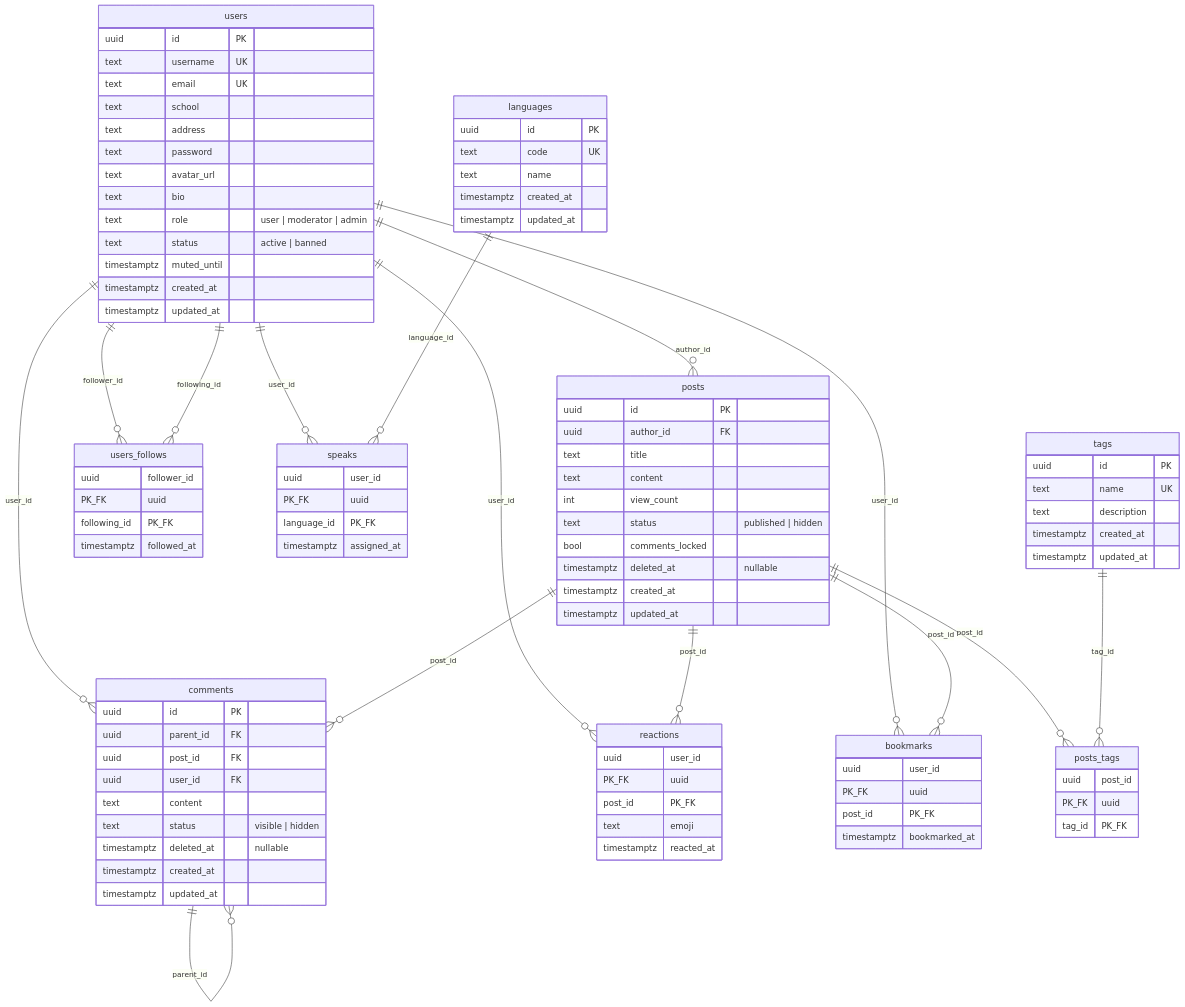
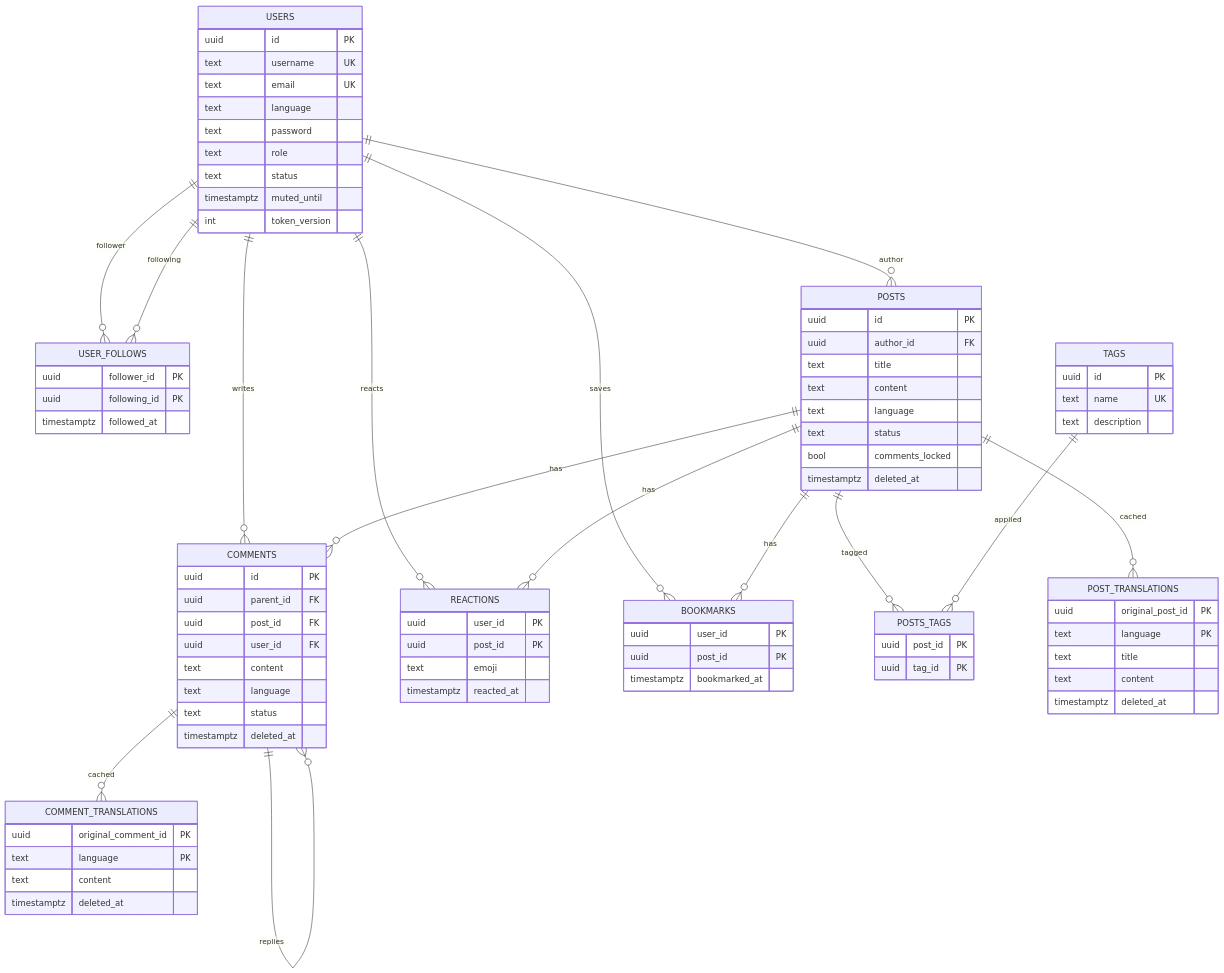
One commit to CNVN2024-2-Boiz/etsubi changed the diagram in docs/src/content/Entities.md. Above: the diagram before and after it, drawn with Mermaid. The commit also changed other lines of this file and 72 other files, not shown here.

````diff
--- a/docs/src/content/Entities.md
+++ b/docs/src/content/Entities.md
@@ -5,108 +5,87 @@
 ```mermaid
 erDiagram
-    users ||--o{ posts : "author_id"
-    users ||--o{ comments : "user_id"
-    users ||--o{ users_follows : "follower_id"
-    users ||--o{ users_follows : "following_id"
-    users ||--o{ reactions : "user_id"
-    users ||--o{ bookmarks : "user_id"
-    users ||--o{ speaks : "user_id"
-
-    posts ||--o{ comments : "post_id"
-    posts ||--o{ posts_tags : "post_id"
-    posts ||--o{ reactions : "post_id"
-    posts ||--o{ bookmarks : "post_id"
-
-    comments ||--o{ comments : "parent_id"
-
-    tags ||--o{ posts_tags : "tag_id"
-
-    languages ||--o{ speaks : "language_id"
-
-    users {
-        uuid        id            PK
-        text        username      UK
-        text        email         UK
-        text        school
-        text        address
-        text        password
-        text        avatar_url
-        text        bio
-        text        role          "user | moderator | admin"
-        text        status        "active | banned"
+    USERS {
+        uuid id PK
+        text username UK
+        text email UK
+        text language
+        text password
+        text role
+        text status
         timestamptz muted_until
-        timestamptz created_at
-        timestamptz updated_at
+        int token_version
+    }
+    USER_FOLLOWS {
+        uuid follower_id PK
+        uuid following_id PK
+        timestamptz followed_at
+    }
+    POSTS {
+        uuid id PK
+        uuid author_id FK
+        text title
+        text content
+        text language
+        text status
+        bool comments_locked
+        timestamptz deleted_at
+    }
+    COMMENTS {
+        uuid id PK
+        uuid parent_id FK
+        uuid post_id FK
+        uuid user_id FK
+        text content
+        text language
+        text status
+        timestamptz deleted_at
+    }
+    REACTIONS {
+        uuid user_id PK
+        uuid post_id PK
+        text emoji
+        timestamptz reacted_at
+    }
+    BOOKMARKS {
+        uuid user_id PK
+        uuid post_id PK
+        timestamptz bookmarked_at
+    }
+    TAGS {
+        uuid id PK
+        text name UK
+        text description
+    }
+    POSTS_TAGS {
+        uuid post_id PK
+        uuid tag_id PK
+    }
+    POST_TRANSLATIONS {
+        uuid original_post_id PK
+        text language PK
+        text title
+        text content
+        timestamptz deleted_at
+    }
+    COMMENT_TRANSLATIONS {
+        uuid original_comment_id PK
+        text language PK
+        text content
+        timestamptz deleted_at
     }
 
-    posts {
-        uuid        id              PK
-        uuid        author_id       FK
-        text        title
-        text        content
-        int         view_count
-        text        status          "published | hidden"
-        bool        comments_locked
-        timestamptz deleted_at      "nullable"
-        timestamptz created_at
-        timestamptz updated_at
-    }
-
-    comments {
-        uuid        id            PK
-        uuid        parent_id     FK
-        uuid        post_id       FK
-        uuid        user_id       FK
-        text        content
-        text        status        "visible | hidden"
-        timestamptz deleted_at    "nullable"
-        timestamptz created_at
-        timestamptz updated_at
-    }
-
-    tags {
-        uuid        id            PK
-        text        name          UK
-        text        description
-        timestamptz created_at
-        timestamptz updated_at
-    }
-
-    posts_tags {
-        uuid post_id PK_FK
-        uuid tag_id  PK_FK
-    }
-
-    reactions {
-        uuid        user_id    PK_FK
-        uuid        post_id    PK_FK
-        text        emoji
-        timestamptz reacted_at
-    }
-
-    bookmarks {
-        uuid        user_id       PK_FK
-        uuid        post_id       PK_FK
-        timestamptz bookmarked_at
-    }
-
-    users_follows {
-        uuid        follower_id   PK_FK
-        uuid        following_id  PK_FK
-        timestamptz followed_at
-    }
-
-    languages {
-        uuid        id            PK
-        text        code          UK
-        text        name
-        timestamptz created_at
-        timestamptz updated_at
-    }
-
-    speaks {
-        uuid        user_id       PK_FK
-        uuid        language_id   PK_FK
-        timestamptz assigned_at
-    }
+    USERS ||--o{ POSTS : author
+    USERS ||--o{ COMMENTS : writes
+    USERS ||--o{ REACTIONS : reacts
+    USERS ||--o{ BOOKMARKS : saves
+    USERS ||--o{ USER_FOLLOWS : follower
+    USERS ||--o{ USER_FOLLOWS : following
+    POSTS ||--o{ COMMENTS : has
+    POSTS ||--o{ REACTIONS : has
+    POSTS ||--o{ BOOKMARKS : has
+    POSTS ||--o{ POSTS_TAGS : tagged
+    POSTS ||--o{ POST_TRANSLATIONS : cached
+    COMMENTS ||--o{ COMMENTS : replies
+    COMMENTS ||--o{ COMMENT_TRANSLATIONS : cached
+    TAGS ||--o{ POSTS_TAGS : applied
 ```
````
